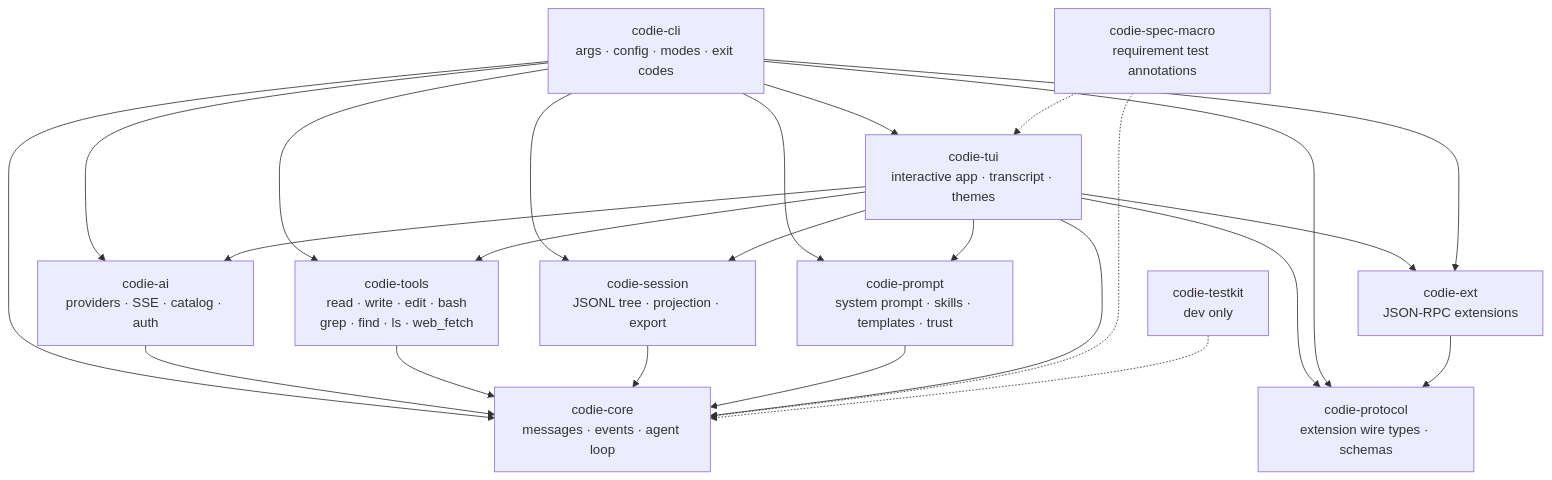
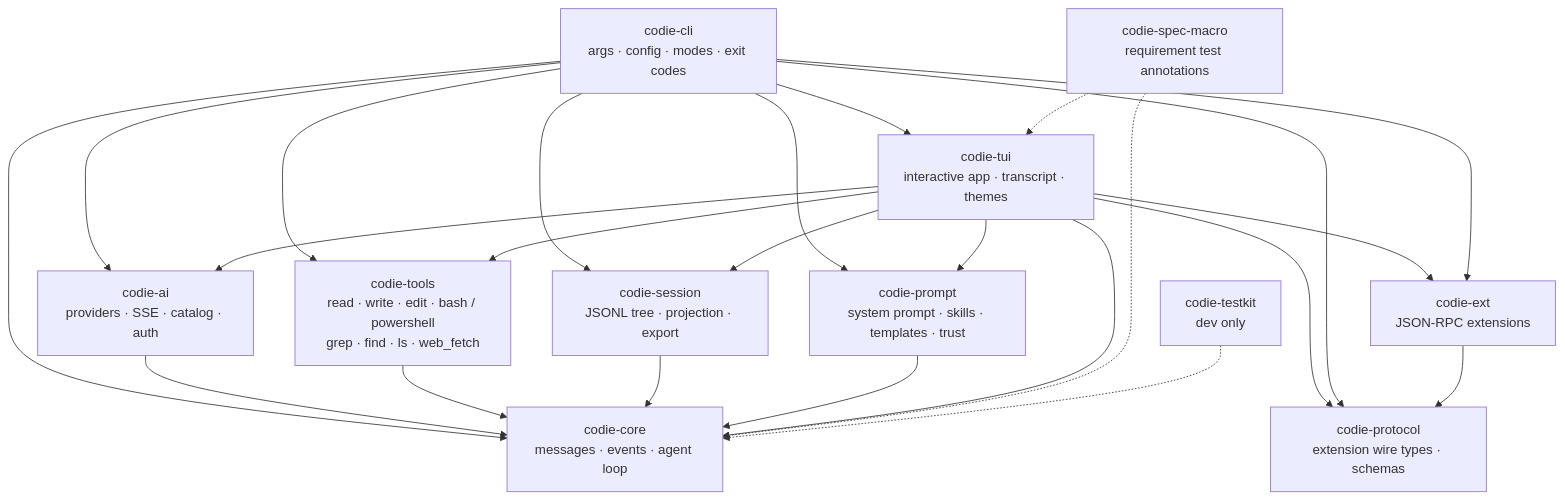
One commit to amardeepio/codie changed the second of 2 diagrams in README.md. Above: the diagram before and after it, drawn with Mermaid. The commit also changed other lines of this file and 51 other files, not shown here.

````diff
--- a/README.md
+++ b/README.md
@@ -81,41 +83,41 @@
 ```mermaid
 flowchart TD
     CLI["codie-cli<br/>args · config · modes · exit codes"]
 
     CORE["codie-core<br/>messages · events · agent loop"]
     AI["codie-ai<br/>providers · SSE · catalog · auth"]
-    TOOLS["codie-tools<br/>read · write · edit · bash<br/>grep · find · ls · web_fetch"]
+    TOOLS["codie-tools<br/>read · write · edit · bash / powershell<br/>grep · find · ls · web_fetch"]
     SESSION["codie-session<br/>JSONL tree · projection · export"]
     PROMPT["codie-prompt<br/>system prompt · skills · templates · trust"]
     EXT["codie-ext<br/>JSON-RPC extensions"]
 
     TUI["codie-tui<br/>interactive app · transcript · themes"]
     PROTO["codie-protocol<br/>extension wire types · schemas"]
     TUI --> EXT
     TUI --> PROTO
 
     CLI --> CORE
     CLI --> AI
     CLI --> TOOLS
     CLI --> SESSION
     CLI --> PROMPT
     CLI --> EXT
     CLI --> PROTO
     CLI --> TUI
 
     AI --> CORE
     TOOLS --> CORE
     SESSION --> CORE
     PROMPT --> CORE
     EXT --> PROTO
 
     TUI --> CORE
     TUI --> AI
     TUI --> TOOLS
     TUI --> SESSION
     TUI --> PROMPT
 
     SPEC["codie-spec-macro<br/>requirement test annotations"] -.-> CORE
     SPEC -.-> TUI
     TESTKIT["codie-testkit<br/>dev only"] -.-> CORE
 ```
````
